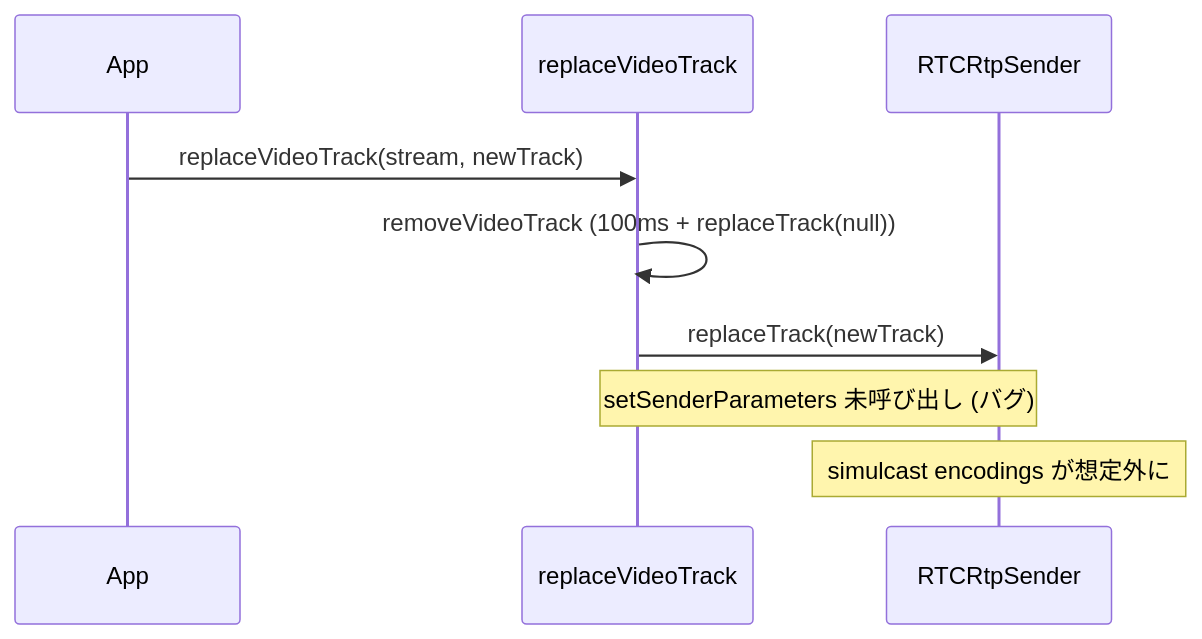
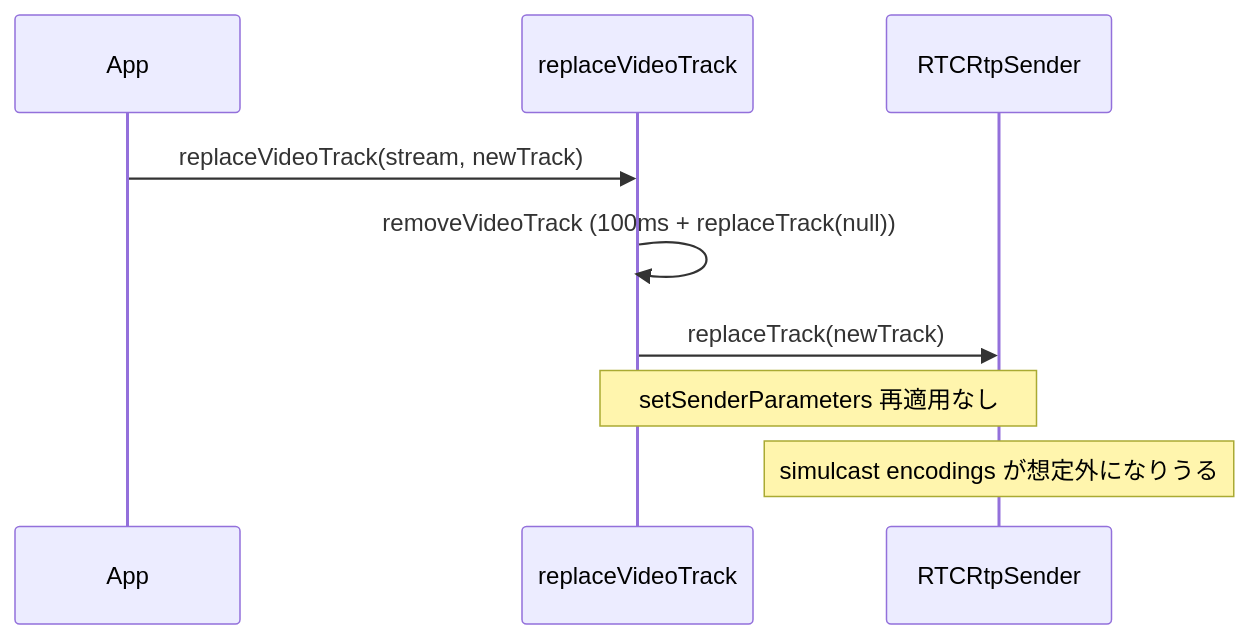
One commit to shiguredo/sora-js-sdk changed the diagram in issues/0013-bug-fix-replace-track-loses-simulcast-encodings.md. Above: the diagram before and after it, drawn with Mermaid. The commit also changed other lines of this file and 33 other files, not shown here.

````diff
--- a/issues/0013-bug-fix-replace-track-loses-simulcast-encodings.md
+++ b/issues/0013-bug-fix-replace-track-loses-simulcast-encodings.md
@@ -20,12 +23,12 @@
 ```mermaid
 sequenceDiagram
     participant App
     participant SDK as replaceVideoTrack
     participant Sender as RTCRtpSender
 
     App->>SDK: replaceVideoTrack(stream, newTrack)
     SDK->>SDK: removeVideoTrack (100ms + replaceTrack(null))
     SDK->>Sender: replaceTrack(newTrack)
-    Note over SDK,Sender: setSenderParameters 未呼び出し (バグ)
-    Note over Sender: simulcast encodings が想定外に
+    Note over SDK,Sender: setSenderParameters 再適用なし
+    Note over Sender: simulcast encodings が想定外になりうる
 ```
````
